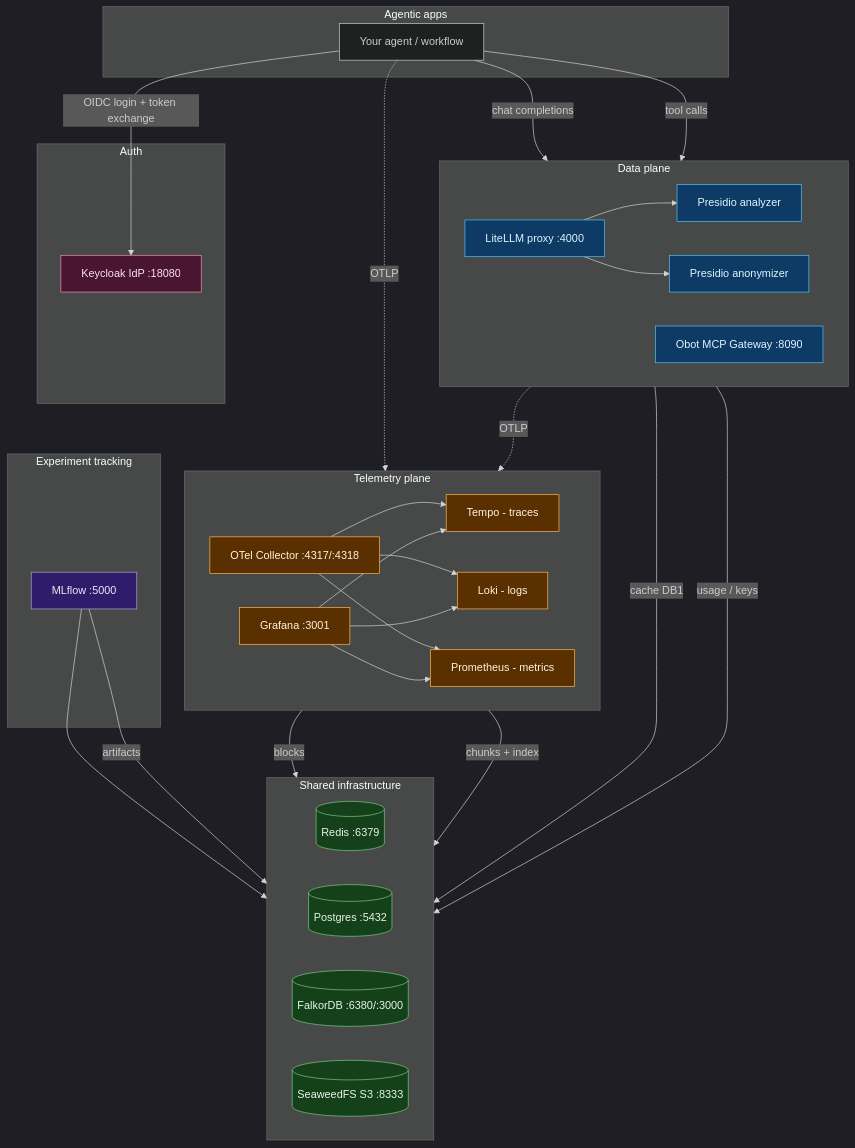
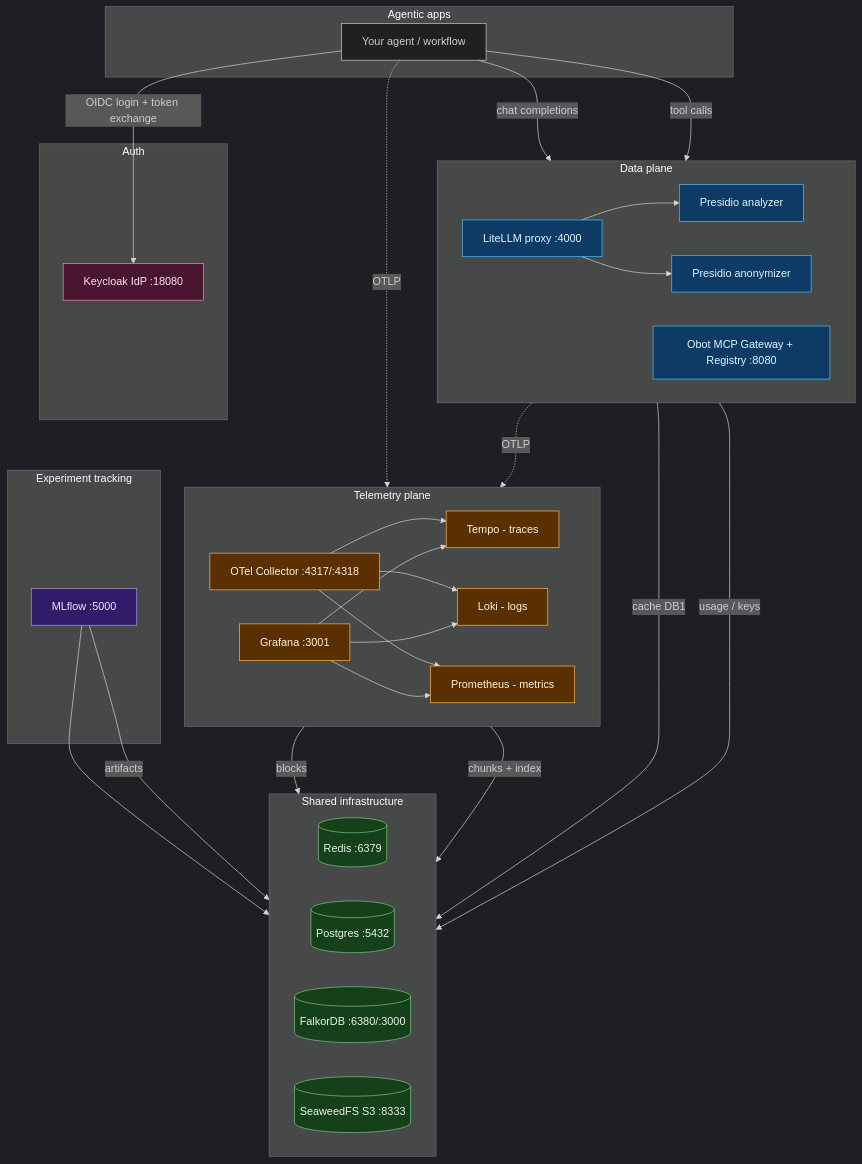
One commit to PhillipMaree/agentic-enterprise changed the diagram in README.md. Above: the diagram before and after it, drawn with Mermaid. The commit also changed other lines of this file and 2 other files, not shown here.

First line of the commit message:
[AGP#1] Pin Presidio image; document Obot registry API in README

````diff
--- a/README.md
+++ b/README.md
@@ -23,77 +23,77 @@
 ```mermaid
 %%{init: {'theme': 'dark'}}%%
 flowchart TB
     subgraph clients [Agentic apps]
         app[Your agent / workflow]
     end
 
     subgraph authz [Auth]
         keycloak[Keycloak IdP :18080]
     end
 
     subgraph data [Data plane]
         direction LR
         litellm[LiteLLM proxy :4000]
-        mcp[Obot MCP Gateway :8090]
+        mcp[Obot MCP Gateway + Registry :8080]
         presidio_a[Presidio analyzer]
         presidio_o[Presidio anonymizer]
     end
 
     subgraph tracking [Experiment tracking]
         mlflow[MLflow :5000]
     end
 
     subgraph telemetry [Telemetry plane]
         direction LR
         otel[OTel Collector :4317/:4318]
         tempo[Tempo - traces]
         loki[Loki - logs]
         prom[Prometheus - metrics]
         grafana[Grafana :3001]
     end
 
     subgraph infra [Shared infrastructure]
         direction LR
         redis[(Redis :6379)]
         postgres[(Postgres :5432)]
         falkordb[(FalkorDB :6380/:3000)]
         seaweedfs[(SeaweedFS S3 :8333)]
     end
 
     app -->|OIDC login + token exchange| keycloak
     app -->|chat completions| litellm
     app -->|tool calls| mcp
     app -.->|OTLP| otel
 
     litellm --> presidio_a
     litellm --> presidio_o
     litellm -->|cache DB1| redis
     litellm -->|usage / keys| postgres
     litellm -.->|OTLP| otel
 
     mlflow --> postgres
     mlflow -->|artifacts| seaweedfs
 
     otel --> tempo
     otel --> loki
     otel --> prom
 
     tempo -->|blocks| seaweedfs
     loki -->|chunks + index| seaweedfs
 
     grafana --> tempo
     grafana --> loki
     grafana --> prom
 
     classDef dataplane fill:#0d3b66,stroke:#4fc3f7,color:#e1f5ff
     classDef telemetryplane fill:#5a3000,stroke:#ffb74d,color:#fff3e0
     classDef trackingplane fill:#311b6b,stroke:#b39ddb,color:#ede7f6
     classDef infraplane fill:#14401a,stroke:#81c784,color:#e8f5e9
     classDef authplane fill:#4a1530,stroke:#f48fb1,color:#fce4ec
 
     class litellm,mcp,presidio_a,presidio_o dataplane
     class otel,tempo,loki,prom,grafana telemetryplane
     class mlflow trackingplane
     class redis,postgres,falkordb,seaweedfs infraplane
     class keycloak authplane
 ```
````
